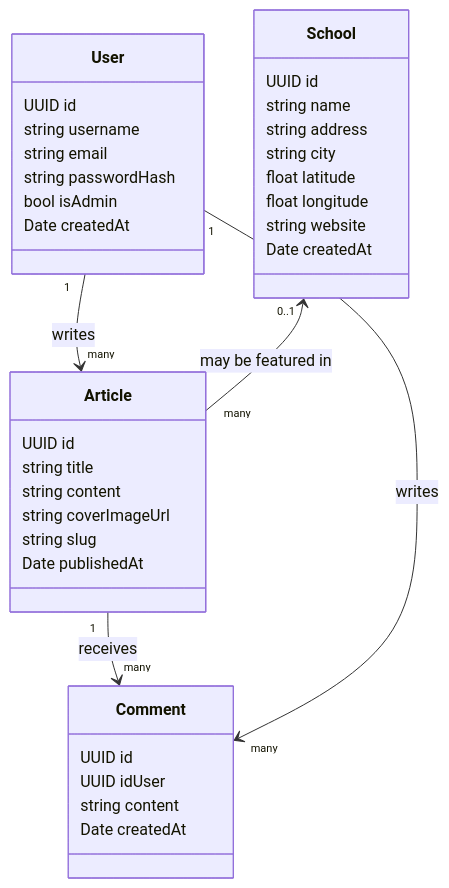
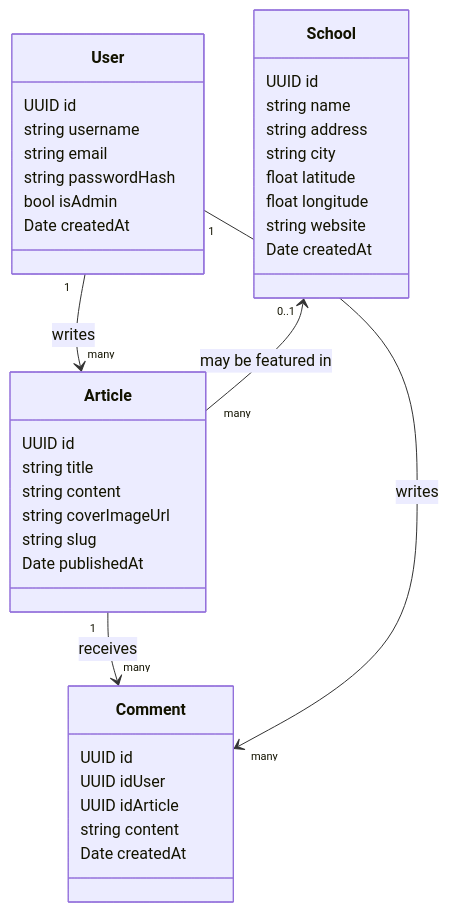
Before and after one commit to KerdanetYvan/absolute-app: the second of 5 diagrams in uml.md, drawn with Mermaid.

Commit message:
modif modelisation bdd

````diff
--- a/uml.md
+++ b/uml.md
@@ -55,45 +55,46 @@
 ```mermaid
 classDiagram
     class User {
         UUID id
         string username
         string email
         string passwordHash
         bool isAdmin
         Date createdAt
     }
 
     class School {
         UUID id
         string name
         string address
         string city
         float latitude
         float longitude
         string website
         Date createdAt
     }
 
     class Article {
         UUID id
         string title
         string content
         string coverImageUrl
         string slug
         Date publishedAt
     }
 
     class Comment {
         UUID id
         UUID idUser
+        UUID idArticle
         string content
         Date createdAt
     }
 
     %% Relations
     User "1" --> "many" Article : writes
     Article "1" --> "many" Comment : receives
     User "1" --> "many" Comment : writes
     School "0..1" <-- "many" Article : may be featured in
 
 ```
````
